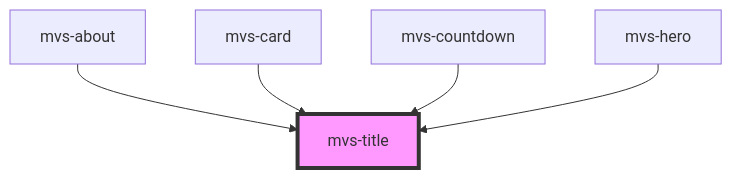
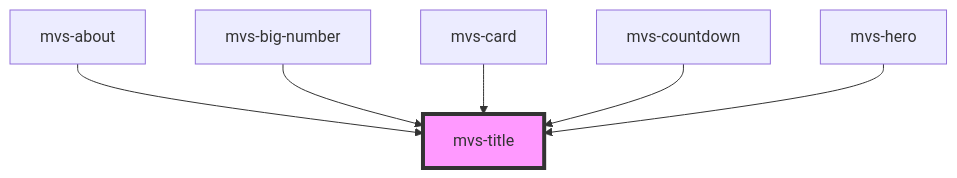
One commit to rafaela-vairo/mvs-design-system changed the diagram in src/components/typography/mvs-title/readme.md. Above: the diagram before and after it, drawn with Mermaid. The commit also changed other lines of this file and 29 other files, not shown here.

````diff
--- a/src/components/typography/mvs-title/readme.md
+++ b/src/components/typography/mvs-title/readme.md
@@ -26,8 +27,9 @@
 ```mermaid
 graph TD;
   mvs-about --> mvs-title
+  mvs-big-number --> mvs-title
   mvs-card --> mvs-title
   mvs-countdown --> mvs-title
   mvs-hero --> mvs-title
   style mvs-title fill:#f9f,stroke:#333,stroke-width:4px
 ```
````
